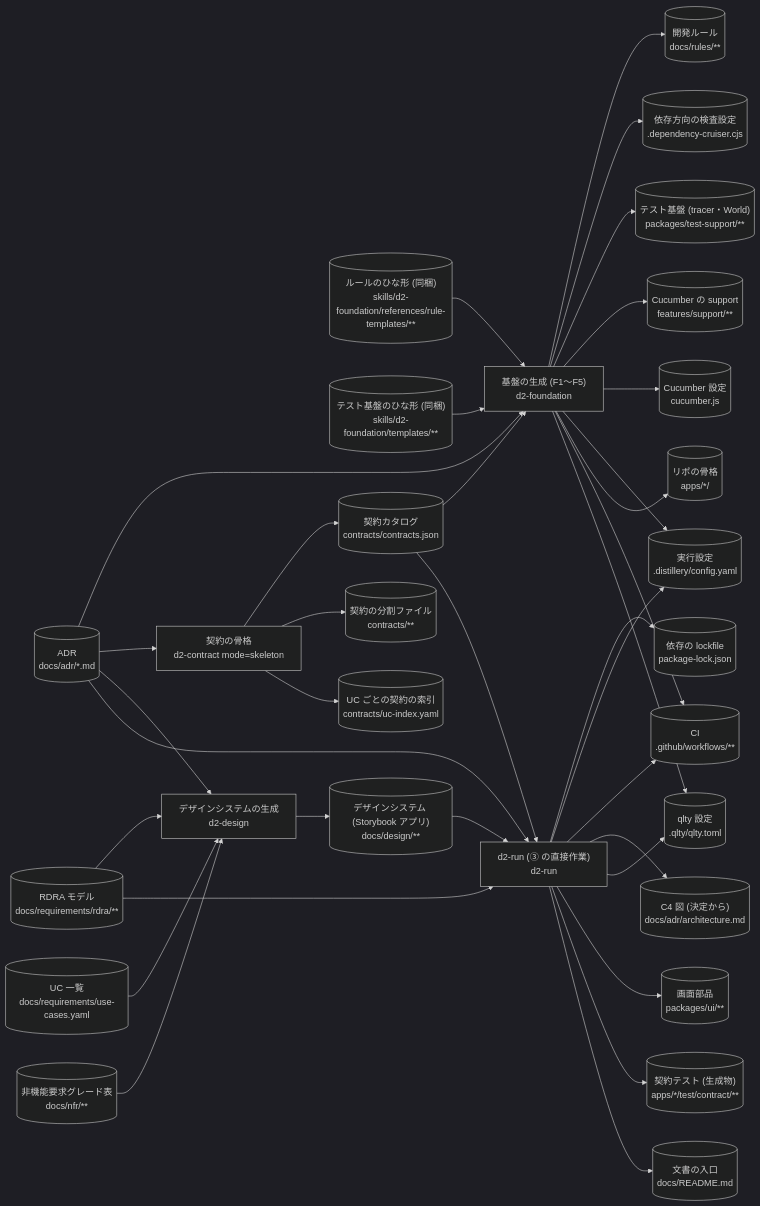
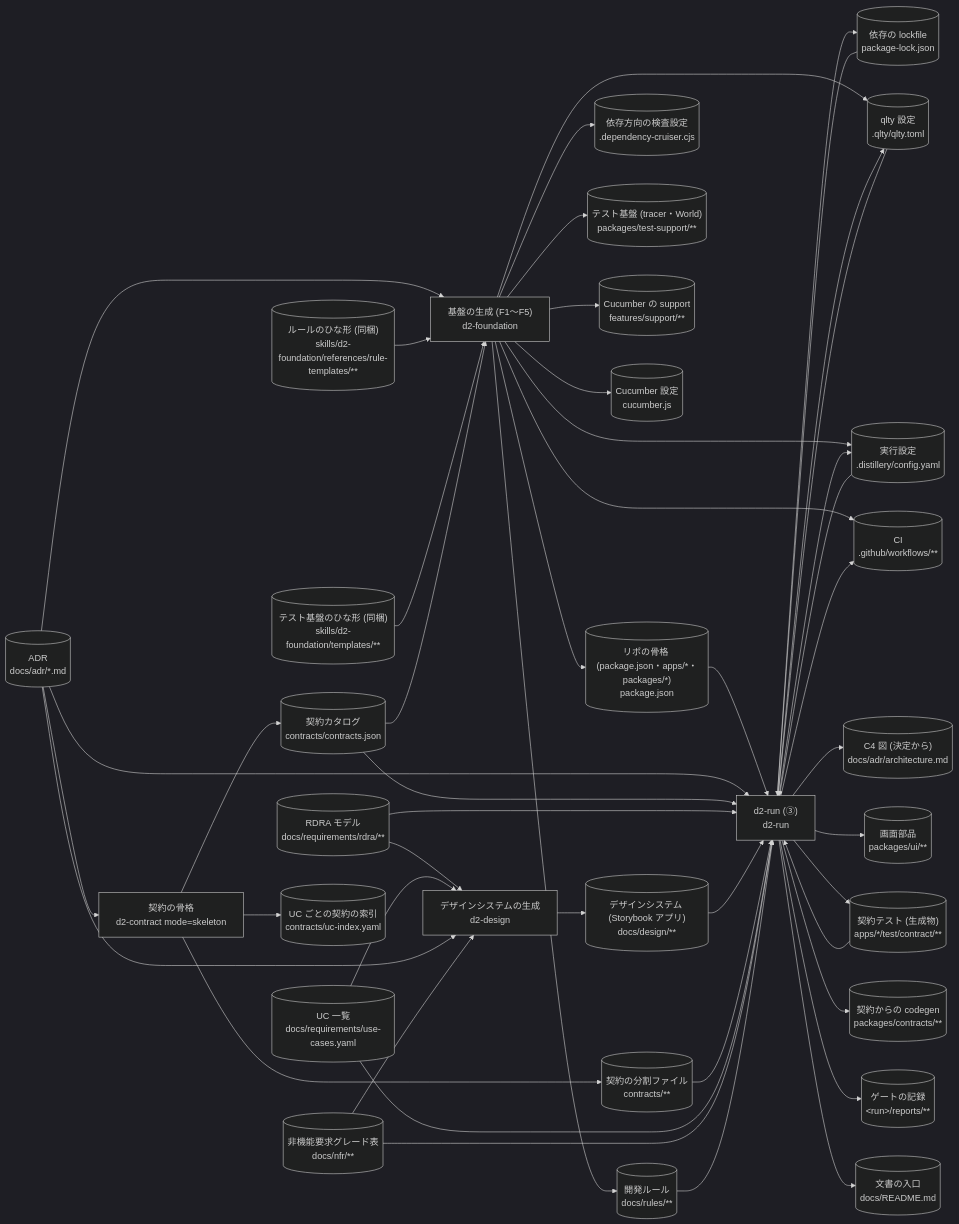
One commit to suwa-sh/suwa-sh-claude-plugins changed the fourth of 12 diagrams in plugins/distillery2/skills/d2-common/references/dataflow.md. Above: the diagram before and after it, drawn with Mermaid (dark theme). The commit also changed other lines of this file and 5 other files, not shown here.

````diff
--- a/plugins/distillery2/skills/d2-common/references/dataflow.md
+++ b/plugins/distillery2/skills/d2-common/references/dataflow.md
@@ -177,65 +281,78 @@
 ```mermaid
 flowchart LR
   s_rule_templates[("ルールのひな形 (同梱)<br/>skills/d2-foundation/references/rule-templates/**")]
   s_support_templates[("テスト基盤のひな形 (同梱)<br/>skills/d2-foundation/templates/**")]
   s_req_rdra[("RDRA モデル<br/>docs/requirements/rdra/**")]
   s_use_cases[("UC 一覧<br/>docs/requirements/use-cases.yaml")]
   s_nfr[("非機能要求グレード表<br/>docs/nfr/**")]
   s_adr[("ADR<br/>docs/adr/*.md")]
   s_adr_architecture[("C4 図 (決定から)<br/>docs/adr/architecture.md")]
   s_rules[("開発ルール<br/>docs/rules/**")]
   s_depcruise_config[("依存方向の検査設定<br/>.dependency-cruiser.cjs")]
   s_test_support[("テスト基盤 (tracer・World)<br/>packages/test-support/**")]
   s_features_support[("Cucumber の support<br/>features/support/**")]
   s_cucumber_config[("Cucumber 設定<br/>cucumber.js")]
   s_config[("実行設定<br/>.distillery/config.yaml")]
-  s_skeleton[("リポの骨格<br/>apps/*/")]
+  s_skeleton[("リポの骨格 (package.json・apps/*・packages/*)<br/>package.json")]
   s_lockfile[("依存の lockfile<br/>package-lock.json")]
   s_ci[("CI<br/>.github/workflows/**")]
   s_qlty_config[("qlty 設定<br/>.qlty/qlty.toml")]
   s_contracts_catalog[("契約カタログ<br/>contracts/contracts.json")]
   s_contracts_src[("契約の分割ファイル<br/>contracts/**")]
   s_uc_index[("UC ごとの契約の索引<br/>contracts/uc-index.yaml")]
   s_contract_tests[("契約テスト (生成物)<br/>apps/*/test/contract/**")]
+  s_contracts_code[("契約からの codegen<br/>packages/contracts/**")]
   s_design[("デザインシステム (Storybook アプリ)<br/>docs/design/**")]
   s_ui[("画面部品<br/>packages/ui/**")]
+  s_reports[("ゲートの記録<br/>#lt;run#gt;/reports/**")]
   s_docs_readme[("文書の入口<br/>docs/README.md")]
   p_foundation["基盤の生成 (F1〜F5)<br/>d2-foundation"]
   p_contract_skeleton["契約の骨格<br/>d2-contract mode=skeleton"]
   p_design["デザインシステムの生成<br/>d2-design"]
-  p_run_foundation["d2-run (③ の直接作業)<br/>d2-run"]
+  p_run_foundation["d2-run (③)<br/>d2-run"]
   s_adr --> p_foundation
   s_rule_templates --> p_foundation
   s_support_templates --> p_foundation
   s_contracts_catalog --> p_foundation
   p_foundation --> s_rules
   p_foundation --> s_depcruise_config
   p_foundation --> s_test_support
   p_foundation --> s_features_support
   p_foundation --> s_cucumber_config
   p_foundation --> s_config
   p_foundation --> s_skeleton
   p_foundation --> s_ci
   p_foundation --> s_qlty_config
   s_adr --> p_contract_skeleton
   p_contract_skeleton --> s_contracts_catalog
   p_contract_skeleton --> s_contracts_src
   p_contract_skeleton --> s_uc_index
   s_req_rdra --> p_design
   s_use_cases --> p_design
   s_adr --> p_design
   s_nfr --> p_design
   p_design --> s_design
+  s_config --> p_run_foundation
+  s_skeleton --> p_run_foundation
+  s_lockfile --> p_run_foundation
+  s_qlty_config --> p_run_foundation
   s_adr --> p_run_foundation
   s_contracts_catalog --> p_run_foundation
   s_req_rdra --> p_run_foundation
   s_design --> p_run_foundation
+  s_contracts_src --> p_run_foundation
+  s_contract_tests --> p_run_foundation
+  s_use_cases --> p_run_foundation
+  s_nfr --> p_run_foundation
+  s_rules --> p_run_foundation
   p_run_foundation --> s_lockfile
+  p_run_foundation --> s_qlty_config
   p_run_foundation --> s_config
   p_run_foundation --> s_ci
   p_run_foundation --> s_adr_architecture
-  p_run_foundation --> s_qlty_config
   p_run_foundation --> s_ui
   p_run_foundation --> s_contract_tests
+  p_run_foundation --> s_contracts_code
+  p_run_foundation --> s_reports
   p_run_foundation --> s_docs_readme
 ```
````
